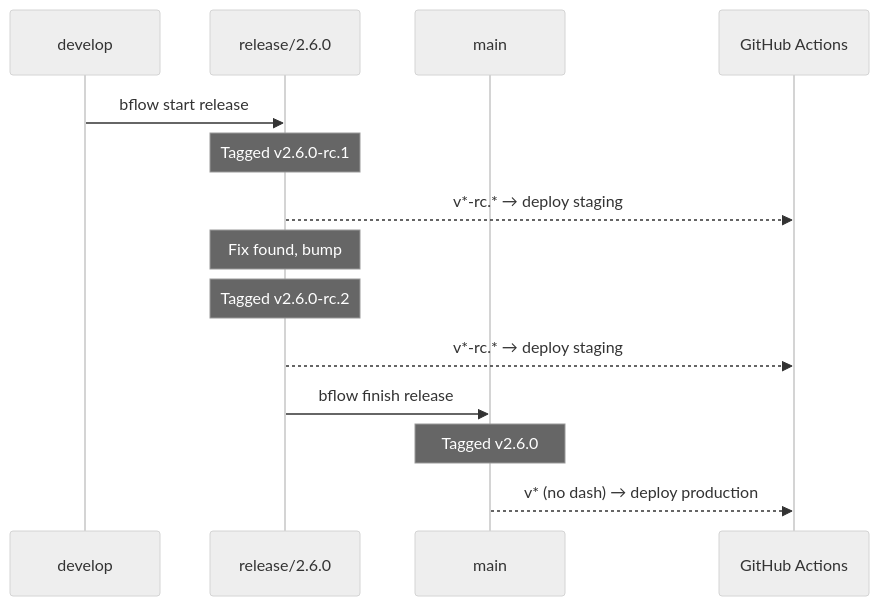
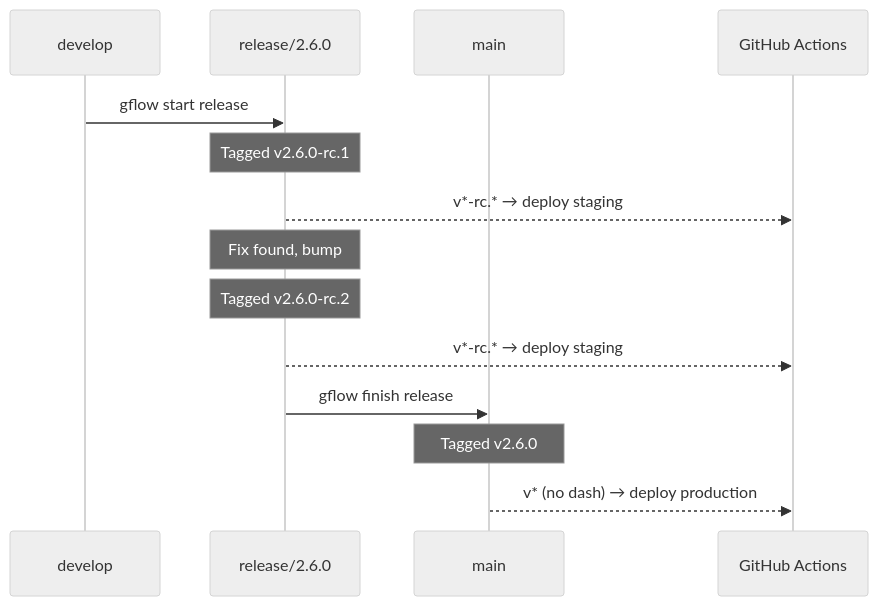
The seventh of 7 diagrams in README.md (middelkampdev/gflow), drawn with Mermaid (neutral theme) before and after one commit. The commit also changed other lines of this file and 55 other files, not shown here.

Commit message:
feat!: rebrand bflow to gflow under jopmiddelkamp/gflow

````diff
--- a/README.md
+++ b/README.md
@@ -794,19 +794,19 @@
 ```mermaid
 sequenceDiagram
     participant D as develop
     participant R as release/2.6.0
     participant M as main
     participant CI as GitHub Actions
 
-    D->>R: bflow start release
+    D->>R: gflow start release
     Note over R: Tagged v2.6.0-rc.1
     R-->>CI: v*-rc.* → deploy staging
 
     Note over R: Fix found, bump
     Note over R: Tagged v2.6.0-rc.2
     R-->>CI: v*-rc.* → deploy staging
 
-    R->>M: bflow finish release
+    R->>M: gflow finish release
     Note over M: Tagged v2.6.0
     M-->>CI: v* (no dash) → deploy production
 ```
````
